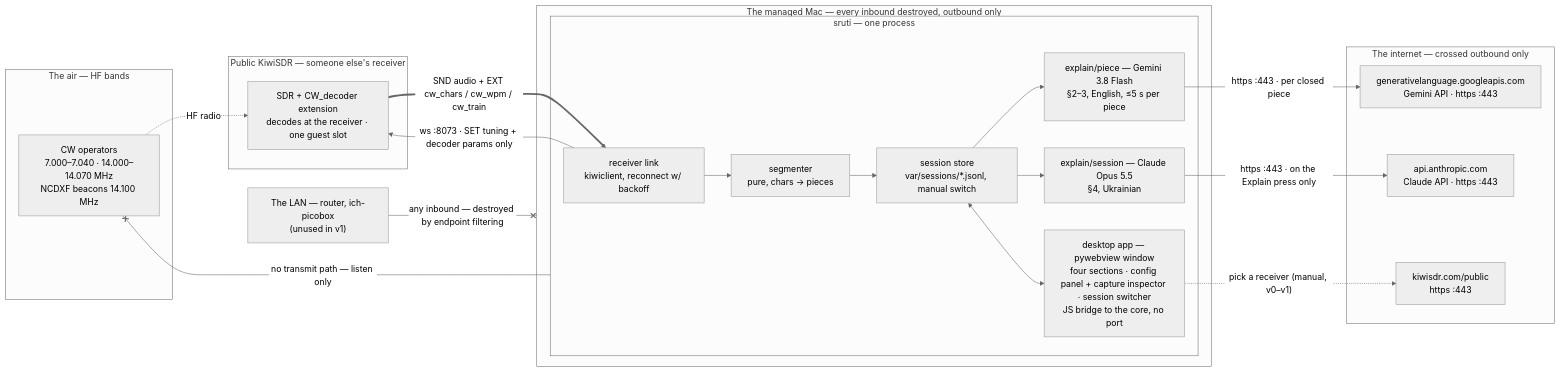
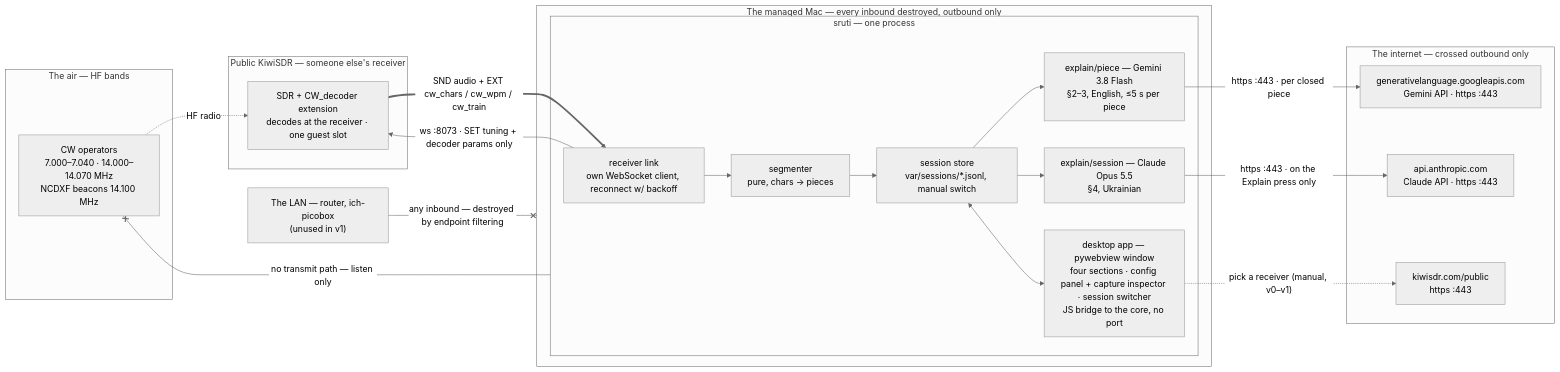
Before and after one commit to ichMaster/sruti: the diagram in specification/ARCHITECTURE.md, drawn with Mermaid (neutral theme). The commit also changed other lines of this file and 6 other files, not shown here.

````diff
--- a/specification/ARCHITECTURE.md
+++ b/specification/ARCHITECTURE.md
@@ -5,37 +5,37 @@
 ```mermaid
 flowchart LR
   subgraph AIR["The air — HF bands"]
     OPS["CW operators<br/>7.000–7.040 · 14.000–14.070 MHz<br/>NCDXF beacons 14.100 MHz"]
   end
 
   subgraph RXS["Public KiwiSDR — someone else's receiver"]
     DEC["SDR + CW_decoder extension<br/>decodes at the receiver · one guest slot"]
   end
 
   subgraph NET["The internet — crossed outbound only"]
     GEM["generativelanguage.googleapis.com<br/>Gemini API · https :443"]
     API["api.anthropic.com<br/>Claude API · https :443"]
     DIR["kiwisdr.com/public<br/>https :443"]
   end
 
   subgraph MAC["The managed Mac — every inbound destroyed, outbound only"]
     subgraph CORE["sruti — one process"]
-      LINK["receiver link<br/>kiwiclient, reconnect w/ backoff"] --> SEG["segmenter<br/>pure, chars → pieces"]
+      LINK["receiver link<br/>own WebSocket client, reconnect w/ backoff"] --> SEG["segmenter<br/>pure, chars → pieces"]
       SEG --> STORE["session store<br/>var/sessions/*.jsonl, manual switch"]
       STORE --> PIECE["explain/piece — Gemini 3.8 Flash<br/>§2–3, English, ≤5 s per piece"]
       STORE --> SESS["explain/session — Claude Opus 5.5<br/>§4, Ukrainian"]
       STORE <--> APP["desktop app — pywebview window<br/>four sections · config panel + capture inspector · session switcher<br/>JS bridge to the core, no port"]
     end
   end
 
   LANZ["The LAN — router, ich-picobox<br/>(unused in v1)"]
 
   OPS -. "HF radio" .-> DEC
   LINK -- "ws :8073 · SET tuning + decoder params only" --> DEC
   DEC == "SND audio + EXT cw_chars / cw_wpm / cw_train" ==> LINK
   PIECE -- "https :443 · per closed piece" --> GEM
   SESS -- "https :443 · on the Explain press only" --> API
   APP -. "pick a receiver (manual, v0–v1)" .-> DIR
   LANZ -- "any inbound — destroyed by endpoint filtering" --x MAC
   CORE -- "no transmit path — listen only" --x OPS
 ```
````
